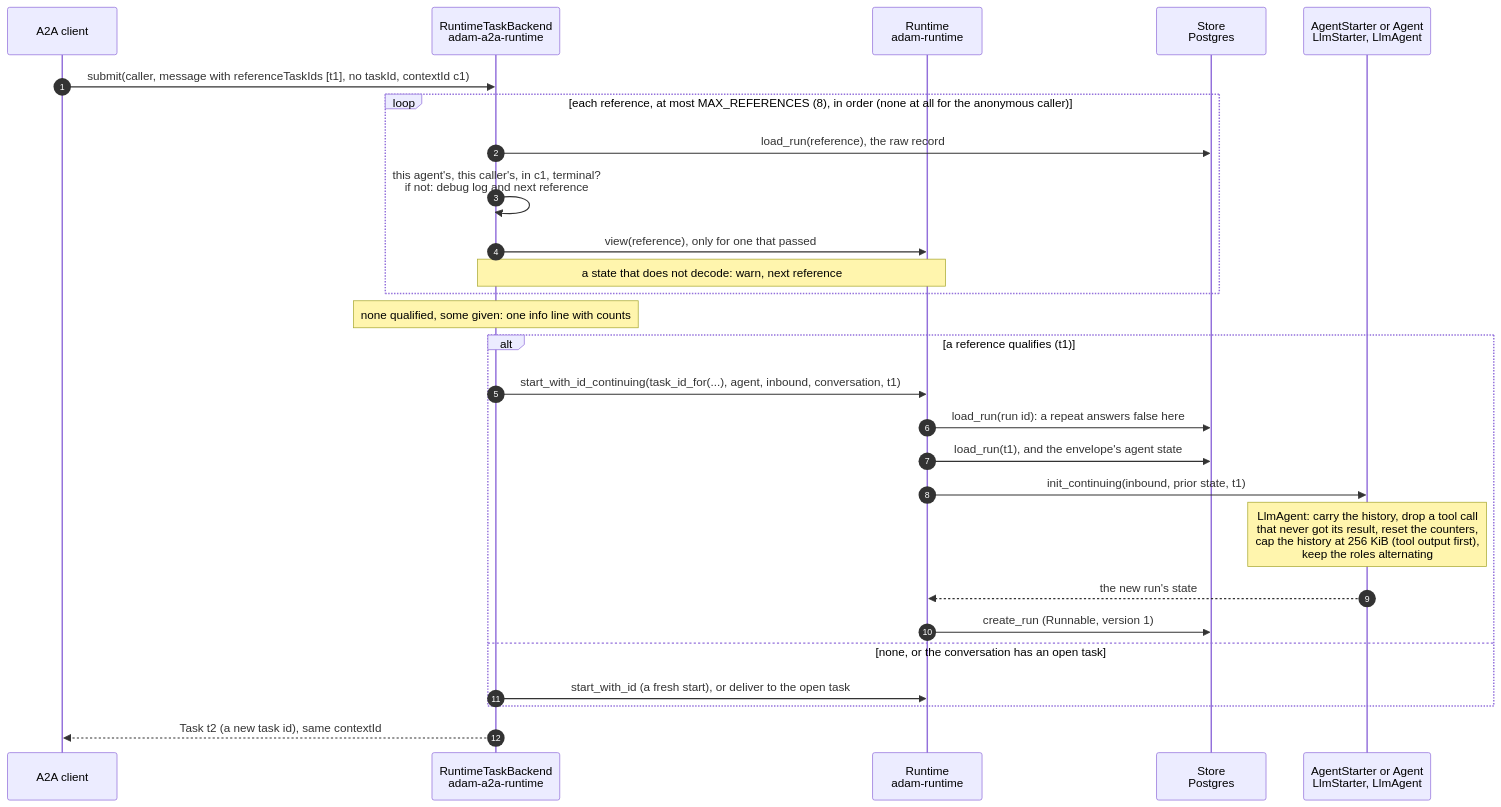
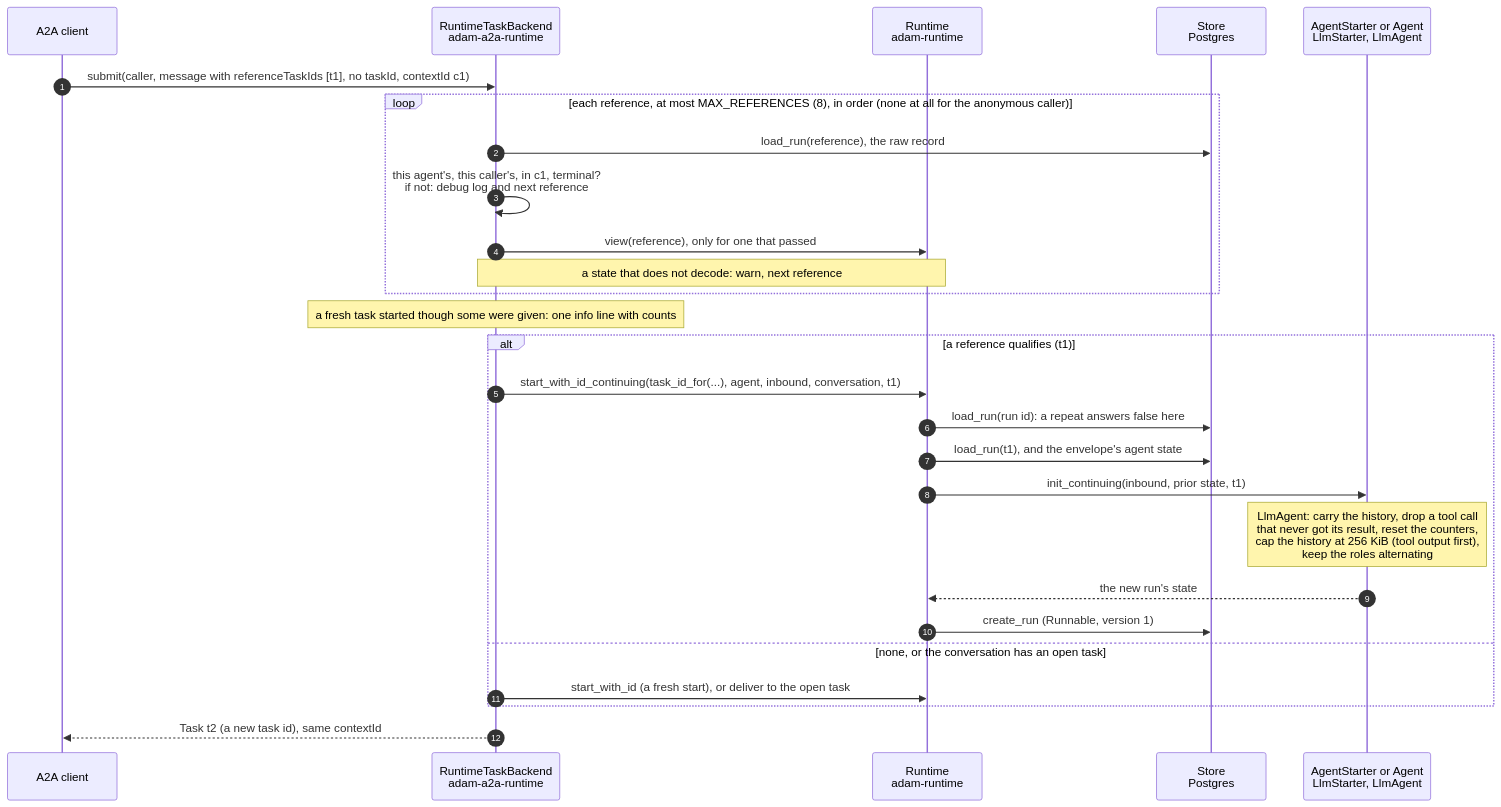
One commit to vymalo/another-adam-rs changed the seventh of 24 diagrams in docs/architecture.md. Above: the diagram before and after it, drawn with Mermaid. The commit also changed 4 other files, not shown here.

````diff
--- a/docs/architecture.md
+++ b/docs/architecture.md
@@ -741,30 +741,30 @@
 ```mermaid
 sequenceDiagram
     autonumber
     participant C as A2A client
     participant B as RuntimeTaskBackend<br/>adam-a2a-runtime
     participant R as Runtime<br/>adam-runtime
     participant DB as Store<br/>Postgres
     participant A as AgentStarter or Agent<br/>LlmStarter, LlmAgent
 
     C->>B: submit(caller, message with referenceTaskIds [t1], no taskId, contextId c1)
     loop each reference, at most MAX_REFERENCES (8), in order (none at all for the anonymous caller)
         B->>DB: load_run(reference), the raw record
         B->>B: this agent's, this caller's, in c1, terminal?<br/>if not: debug log and next reference
         B->>R: view(reference), only for one that passed
         Note over B,R: a state that does not decode: warn, next reference
     end
-    Note over B: none qualified, some given: one info line with counts
+    Note over B: a fresh task started though some were given: one info line with counts
     alt a reference qualifies (t1)
         B->>R: start_with_id_continuing(task_id_for(...), agent, inbound, conversation, t1)
         R->>DB: load_run(run id): a repeat answers false here
         R->>DB: load_run(t1), and the envelope's agent state
         R->>A: init_continuing(inbound, prior state, t1)
         Note over A: LlmAgent: carry the history, drop a tool call<br/>that never got its result, reset the counters,<br/>cap the history at 256 KiB (tool output first),<br/>keep the roles alternating
         A-->>R: the new run's state
         R->>DB: create_run (Runnable, version 1)
     else none, or the conversation has an open task
         B->>R: start_with_id (a fresh start), or deliver to the open task
     end
     B-->>C: Task t2 (a new task id), same contextId
 ```
````
